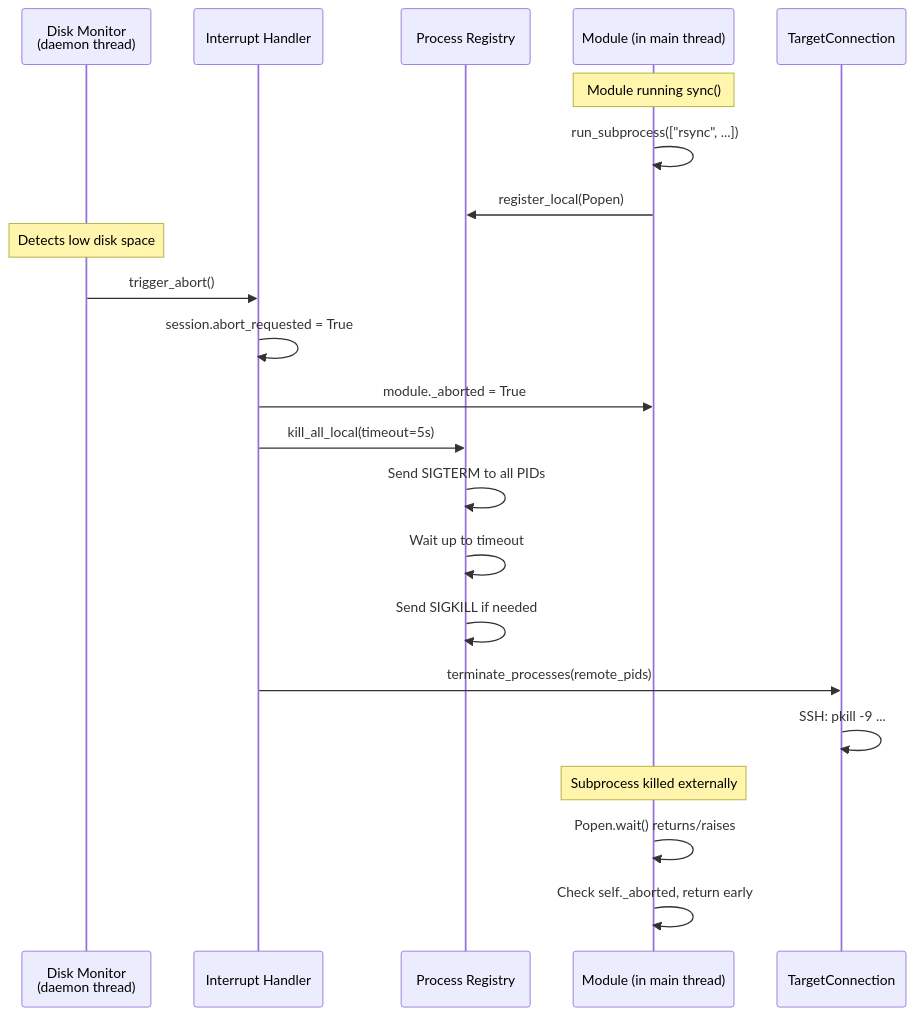
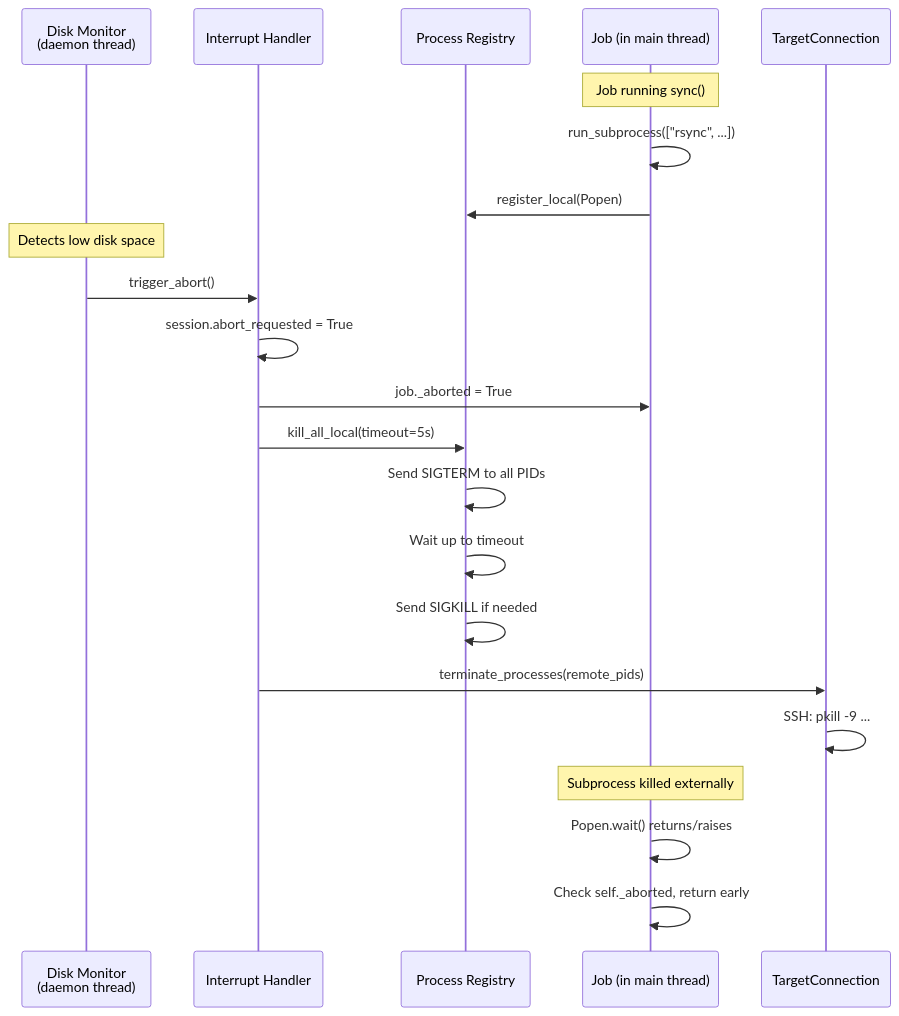
The seventh of 8 diagrams in docs/adr/considerations/async-vs-sync-concurrency-analysis.md (flaksit/pc-switcher), drawn with Mermaid before and after one commit. The commit also changed other lines of this file and 39 other files, not shown here.

Commit message:
rename Module to Job

````diff
--- a/docs/adr/considerations/async-vs-sync-concurrency-analysis.md
+++ b/docs/adr/considerations/async-vs-sync-concurrency-analysis.md
@@ -979,28 +979,28 @@
 ```mermaid
 sequenceDiagram
     participant DM as Disk Monitor<br/>(daemon thread)
     participant IH as Interrupt Handler
     participant PR as Process Registry
-    participant M as Module (in main thread)
+    participant M as Job (in main thread)
     participant TC as TargetConnection
 
-    Note over M: Module running sync()
+    Note over M: Job running sync()
     M->>M: run_subprocess(["rsync", ...])
     M->>PR: register_local(Popen)
 
     Note over DM: Detects low disk space
     DM->>IH: trigger_abort()
     IH->>IH: session.abort_requested = True
-    IH->>M: module._aborted = True
+    IH->>M: job._aborted = True
     IH->>PR: kill_all_local(timeout=5s)
     PR->>PR: Send SIGTERM to all PIDs
     PR->>PR: Wait up to timeout
     PR->>PR: Send SIGKILL if needed
 
     IH->>TC: terminate_processes(remote_pids)
     TC->>TC: SSH: pkill -9 ...
 
     Note over M: Subprocess killed externally
     M->>M: Popen.wait() returns/raises
     M->>M: Check self._aborted, return early
 ```
````
